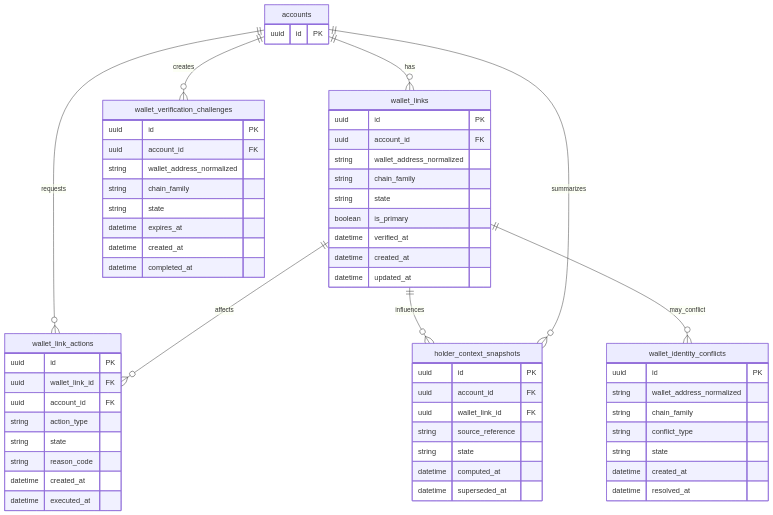
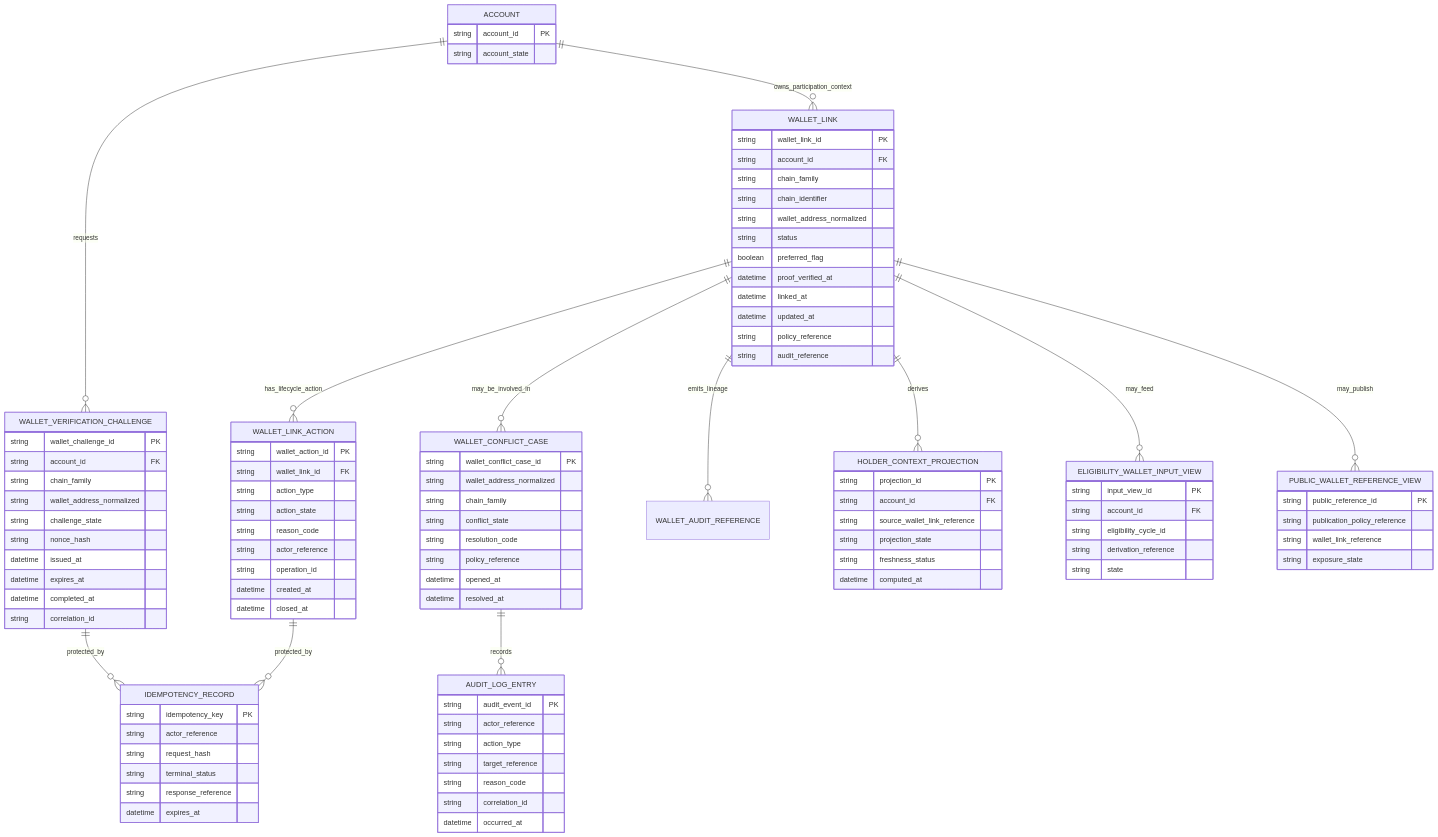
Before and after one commit to fuze-ac/api-specs: the second of 3 diagrams in WALLET_AWARE_USER_API_SPEC.md, drawn with Mermaid. The commit also changed other lines of this file and 29 other files, not shown here.

````diff
--- a/WALLET_AWARE_USER_API_SPEC.md
+++ b/WALLET_AWARE_USER_API_SPEC.md
@@ -994,68 +593,113 @@
 ```mermaid
 erDiagram
-    accounts ||--o{ wallet_links : has
-    accounts ||--o{ wallet_verification_challenges : creates
-    accounts ||--o{ wallet_link_actions : requests
-    wallet_links ||--o{ wallet_link_actions : affects
-    wallet_links ||--o{ holder_context_snapshots : influences
-    accounts ||--o{ holder_context_snapshots : summarizes
-    wallet_links ||--o{ wallet_identity_conflicts : may_conflict
+  ACCOUNT ||--o{ WALLET_LINK : owns_participation_context
+  ACCOUNT ||--o{ WALLET_VERIFICATION_CHALLENGE : requests
+  WALLET_LINK ||--o{ WALLET_LINK_ACTION : has_lifecycle_action
+  WALLET_LINK ||--o{ WALLET_CONFLICT_CASE : may_be_involved_in
+  WALLET_LINK ||--o{ WALLET_AUDIT_REFERENCE : emits_lineage
+  WALLET_LINK ||--o{ HOLDER_CONTEXT_PROJECTION : derives
+  WALLET_LINK ||--o{ ELIGIBILITY_WALLET_INPUT_VIEW : may_feed
+  WALLET_LINK ||--o{ PUBLIC_WALLET_REFERENCE_VIEW : may_publish
+  WALLET_VERIFICATION_CHALLENGE ||--o{ IDEMPOTENCY_RECORD : protected_by
+  WALLET_LINK_ACTION ||--o{ IDEMPOTENCY_RECORD : protected_by
+  WALLET_CONFLICT_CASE ||--o{ AUDIT_LOG_ENTRY : records
 
-    accounts {
-        uuid id PK
-    }
+  ACCOUNT {
+    string account_id PK
+    string account_state
+  }
 
-    wallet_links {
-        uuid id PK
-        uuid account_id FK
-        string wallet_address_normalized
-        string chain_family
-        string state
-        boolean is_primary
-        datetime verified_at
-        datetime created_at
-        datetime updated_at
-    }
+  WALLET_LINK {
+    string wallet_link_id PK
+    string account_id FK
+    string chain_family
+    string chain_identifier
+    string wallet_address_normalized
+    string status
+    boolean preferred_flag
+    datetime proof_verified_at
+    datetime linked_at
+    datetime updated_at
+    string policy_reference
+    string audit_reference
+  }
 
-    wallet_verification_challenges {
-        uuid id PK
-        uuid account_id FK
-        string wallet_address_normalized
-        string chain_family
-        string state
-        datetime expires_at
-        datetime created_at
-        datetime completed_at
-    }
+  WALLET_VERIFICATION_CHALLENGE {
+    string wallet_challenge_id PK
+    string account_id FK
+    string chain_family
+    string wallet_address_normalized
+    string challenge_state
+    string nonce_hash
+    datetime issued_at
+    datetime expires_at
+    datetime completed_at
+    string correlation_id
+  }
 
-    wallet_link_actions {
-        uuid id PK
-        uuid wallet_link_id FK
-        uuid account_id FK
-        string action_type
-        string state
-        string reason_code
-        datetime created_at
-        datetime executed_at
-    }
+  WALLET_LINK_ACTION {
+    string wallet_action_id PK
+    string wallet_link_id FK
+    string action_type
+    string action_state
+    string reason_code
+    string actor_reference
+    string operation_id
+    datetime created_at
+    datetime closed_at
+  }
 
-    wallet_identity_conflicts {
-        uuid id PK
-        string wallet_address_normalized
-        string chain_family
-        string conflict_type
-        string state
-        datetime created_at
-        datetime resolved_at
-    }
+  WALLET_CONFLICT_CASE {
+    string wallet_conflict_case_id PK
+    string wallet_address_normalized
+    string chain_family
+    string conflict_state
+    string resolution_code
+    string policy_reference
+    datetime opened_at
+    datetime resolved_at
+  }
 
-    holder_context_snapshots {
-        uuid id PK
-        uuid account_id FK
-        uuid wallet_link_id FK
-        string source_reference
-        string state
-        datetime computed_at
-        datetime superseded_at
-    }
+  IDEMPOTENCY_RECORD {
+    string idempotency_key PK
+    string actor_reference
+    string request_hash
+    string terminal_status
+    string response_reference
+    datetime expires_at
+  }
+
+  HOLDER_CONTEXT_PROJECTION {
+    string projection_id PK
+    string account_id FK
+    string source_wallet_link_reference
+    string projection_state
+    string freshness_status
+    datetime computed_at
+  }
+
+  ELIGIBILITY_WALLET_INPUT_VIEW {
+    string input_view_id PK
+    string account_id FK
+    string eligibility_cycle_id
+    string derivation_reference
+    string state
+  }
+
+  PUBLIC_WALLET_REFERENCE_VIEW {
+    string public_reference_id PK
+    string publication_policy_reference
+    string wallet_link_reference
+    string exposure_state
+  }
+
+  AUDIT_LOG_ENTRY {
+    string audit_event_id PK
+    string actor_reference
+    string action_type
+    string target_reference
+    string reason_code
+    string correlation_id
+    datetime occurred_at
+  }
 ```
````
